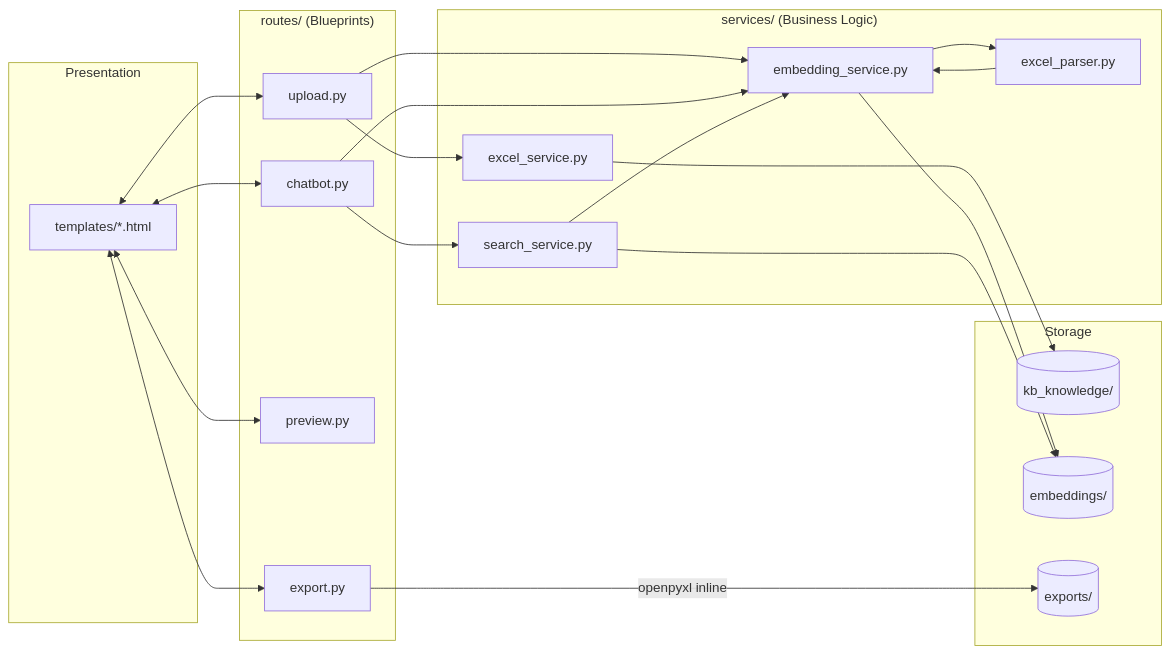
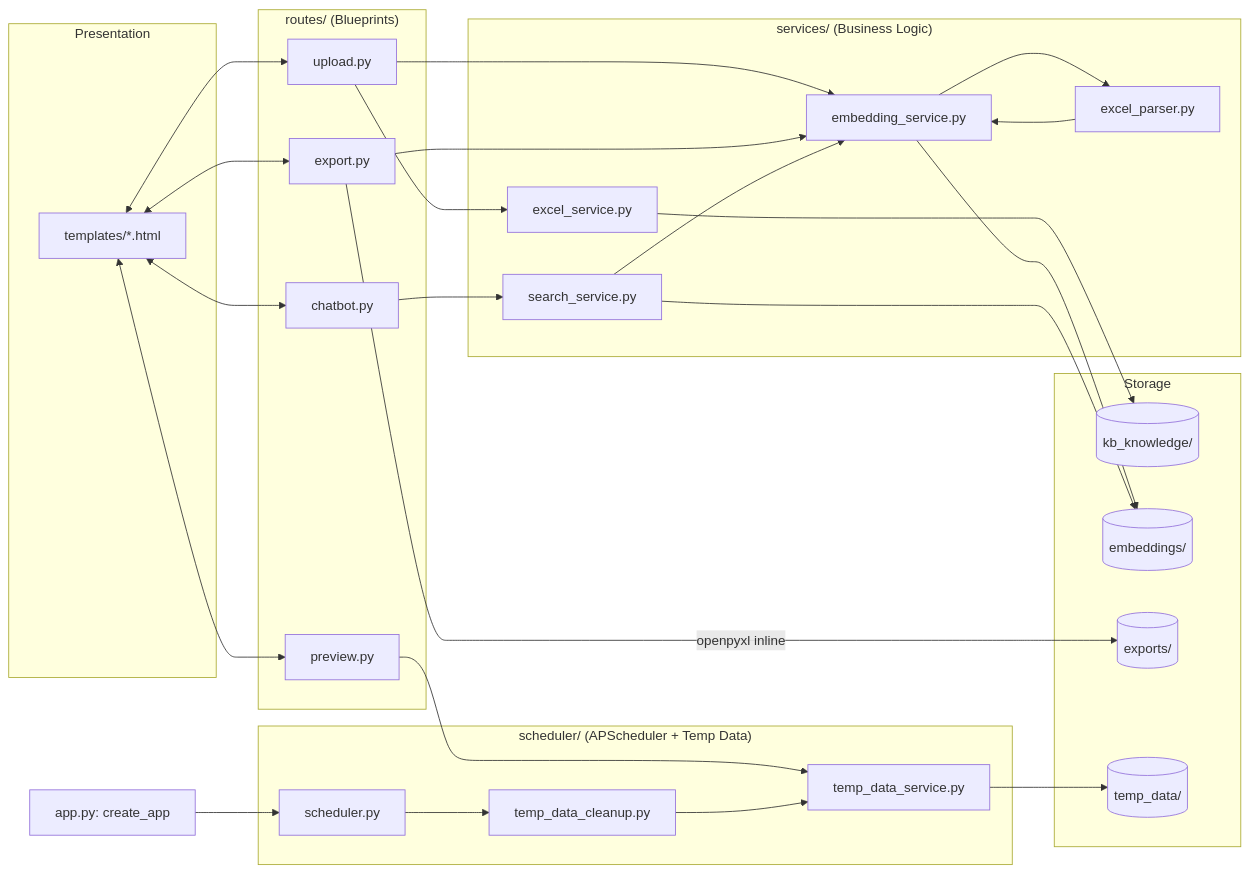
Before and after one commit to nhlynn/manhour-prediction: the second of 5 diagrams in docs/ARCHITECTURE.md, drawn with Mermaid. The commit also changed other lines of this file and 20 other files, not shown here.

````diff
--- a/docs/ARCHITECTURE.md
+++ b/docs/ARCHITECTURE.md
@@ -52,41 +69,53 @@
 ```mermaid
 graph LR
     subgraph Presentation
         T[templates/*.html]
     end
     subgraph Routes["routes/ (Blueprints)"]
         R1[upload.py]
         R2[chatbot.py]
         R3[preview.py]
         R4[export.py]
     end
     subgraph Services["services/ (Business Logic)"]
         S1[excel_service.py]
         S2[excel_parser.py]
         S3[embedding_service.py]
         S4[search_service.py]
     end
+    subgraph Scheduler["scheduler/ (APScheduler + Temp Data)"]
+        SC1[scheduler.py]
+        SC2[temp_data_cleanup.py]
+        SC3[temp_data_service.py]
+    end
     subgraph Storage
         KB[(kb_knowledge/)]
         EMB[(embeddings/)]
         EXP[(exports/)]
+        TEMP[(temp_data/)]
     end
 
     T <--> R1
     T <--> R2
     T <--> R3
     T <--> R4
 
     R1 --> S1
     R1 --> S3
-    R2 --> S3
     R2 --> S4
+    R3 --> SC3
     R4 -->|openpyxl inline| EXP
+    R4 --> S3
 
     S1 --> KB
     S2 --> S3
     S3 --> S2
     S3 --> EMB
     S4 --> S3
     S4 --> EMB
+
+    App[app.py: create_app] --> SC1
+    SC1 --> SC2
+    SC2 --> SC3
+    SC3 --> TEMP
 ```
````
